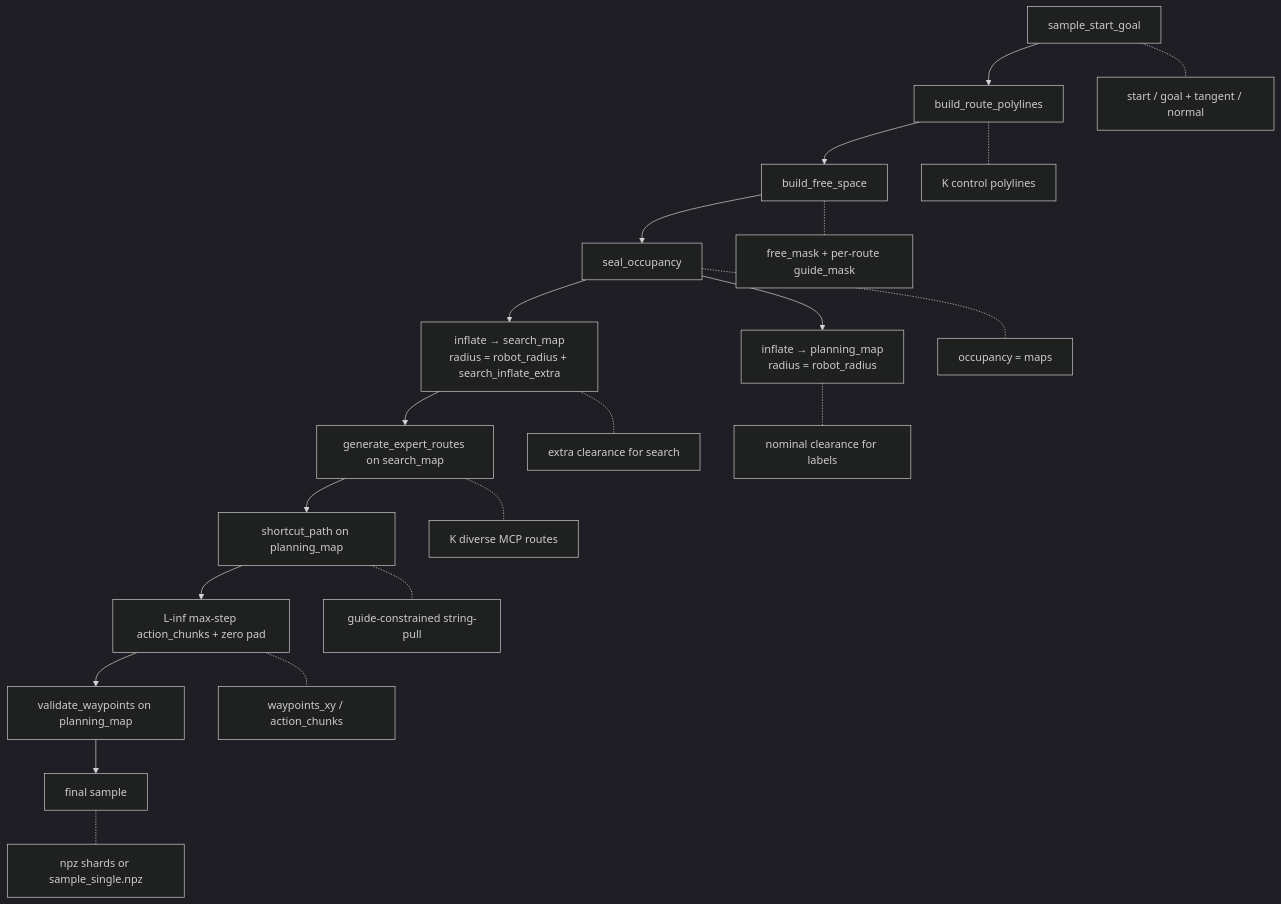
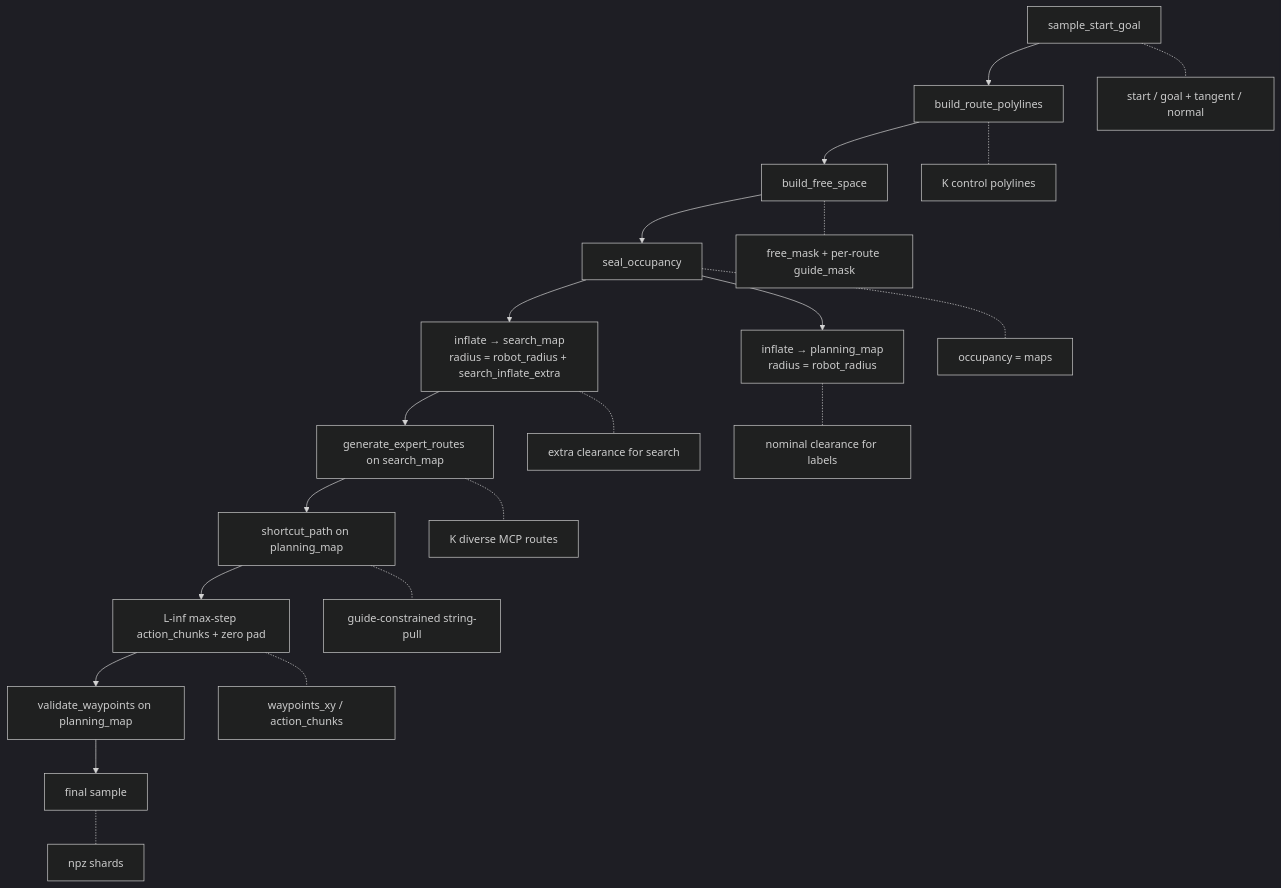
One commit to IBNBlank/maze_playground changed the first of 4 diagrams in README.md. Above: the diagram before and after it, drawn with Mermaid (dark theme). The commit also changed other lines of this file and 12 other files, not shown here.

````diff
--- a/README.md
+++ b/README.md
@@ -61,24 +43,24 @@
 ```mermaid
 flowchart TD
     A[sample_start_goal] --> B[build_route_polylines]
     B --> C[build_free_space]
     C --> D[seal_occupancy]
     D --> E1["inflate → search_map<br/>radius = robot_radius + search_inflate_extra"]
     D --> E2["inflate → planning_map<br/>radius = robot_radius"]
     E1 --> F[generate_expert_routes on search_map]
     F --> G[shortcut_path on planning_map]
     G --> H[L-inf max-step action_chunks + zero pad]
     H --> I[validate_waypoints on planning_map]
     I --> J[final sample]
 
     A -.- A1["start / goal + tangent / normal"]
     B -.- B1["K control polylines"]
     C -.- C1["free_mask + per-route guide_mask"]
     D -.- D1["occupancy = maps"]
     E1 -.- E1a["extra clearance for search"]
     E2 -.- E2a["nominal clearance for labels"]
     F -.- F1["K diverse MCP routes"]
     G -.- G1["guide-constrained string-pull"]
     H -.- H1["waypoints_xy / action_chunks"]
-    J -.- J1["npz shards or sample_single.npz"]
+    J -.- J1["npz shards"]
 ```
````
